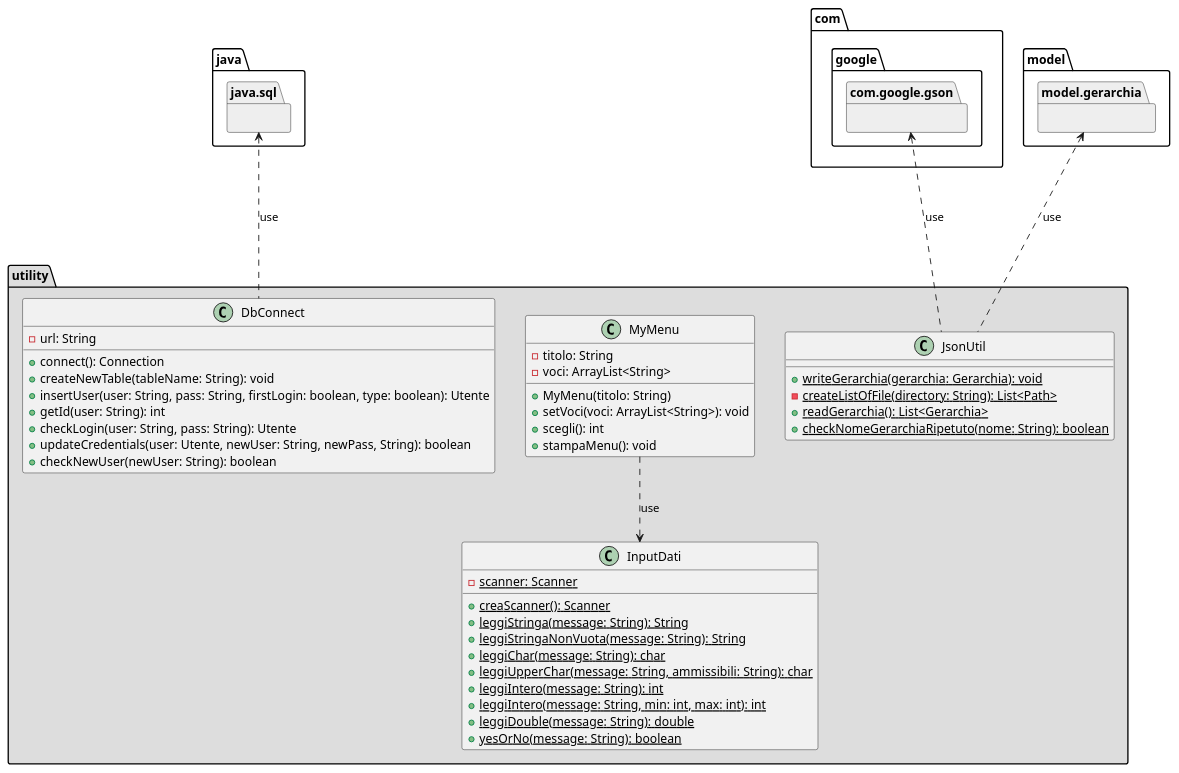
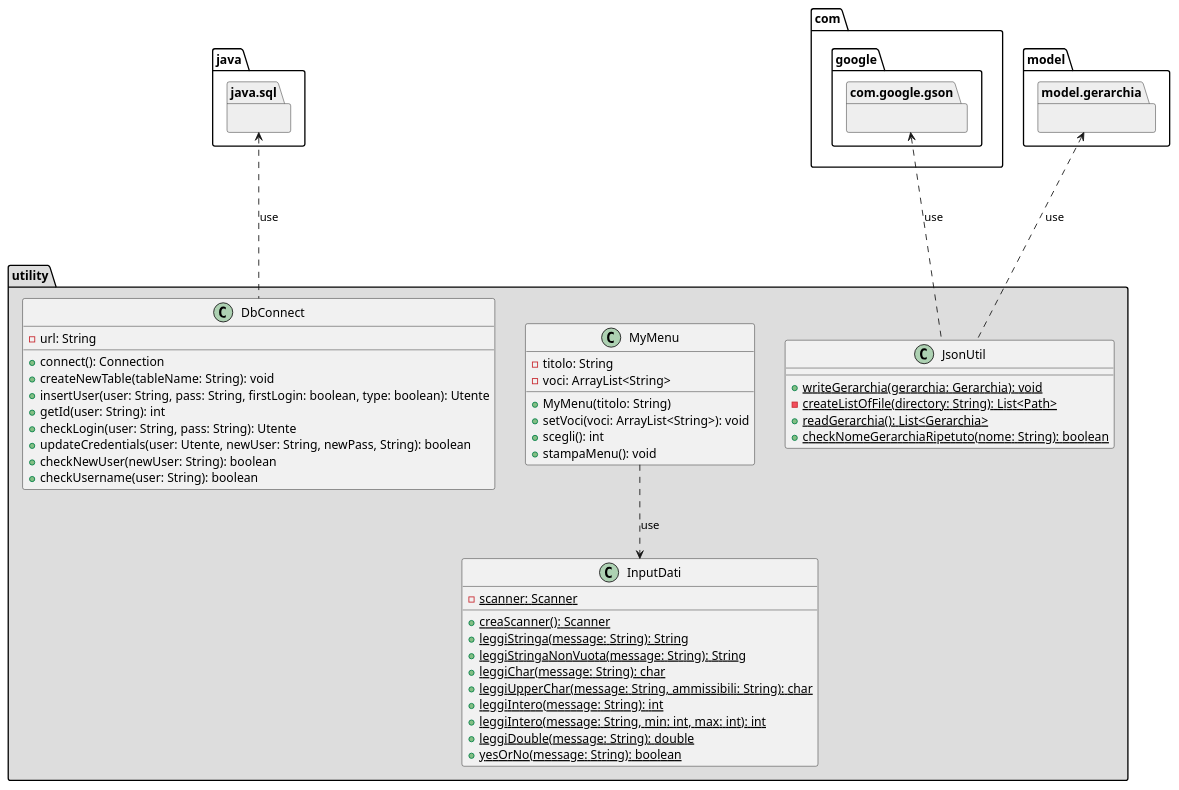
One commit to bernagit/IngegneriaSoftware changed the diagram in Documentation/Ver1/utility.puml. Above: the diagram before and after it, drawn with PlantUML. The commit also changed 3 other files, not shown here.

```diff
--- a/Documentation/Ver1/utility.puml
+++ b/Documentation/Ver1/utility.puml
@@ -1,60 +1,61 @@
 @startuml utility
 
 package java.sql #EEEEEE{}
 
 package com.google.gson #EEEEEE{}
 
 package model.gerarchia #EEEEEE{}
 
 package "utility" #DDDDDD{
     class DbConnect{
         -url: String
         +connect(): Connection
         +createNewTable(tableName: String): void
         +insertUser(user: String, pass: String, firstLogin: boolean, type: boolean): Utente
         +getId(user: String): int
         +checkLogin(user: String, pass: String): Utente
         +updateCredentials(user: Utente, newUser: String, newPass, String): boolean
         +checkNewUser(newUser: String): boolean
+        +checkUsername(user: String): boolean
     }
    
     class MyMenu{
         -titolo: String
         -voci: ArrayList<String>
         +MyMenu(titolo: String)
         +setVoci(voci: ArrayList<String>): void
         +scegli(): int
         +stampaMenu(): void
     }
     class JsonUtil{
         +{static} writeGerarchia(gerarchia: Gerarchia): void
         -{static} createListOfFile(directory: String): List<Path>
         +{static} readGerarchia(): List<Gerarchia>
         +{static} checkNomeGerarchiaRipetuto(nome: String): boolean
     }
     class InputDati{
         -{static} scanner: Scanner
         +{static} creaScanner(): Scanner
         +{static} leggiStringa(message: String): String
         +{static} leggiStringaNonVuota(message: String): String
         +{static} leggiChar(message: String): char
         +{static} leggiUpperChar(message: String, ammissibili: String): char
         +{static} leggiIntero(message: String): int
         +{static} leggiIntero(message: String, min: int, max: int): int
         +{static} leggiDouble(message: String): double
         +{static} yesOrNo(message: String): boolean
 
 
     }
 
 
     MyMenu ..> InputDati: use
     JsonUtil -up..> com.google.gson: use
     JsonUtil -up..> model.gerarchia: use
     DbConnect -up..> java.sql : use
 
 }
 
 
 
 @enduml
```
